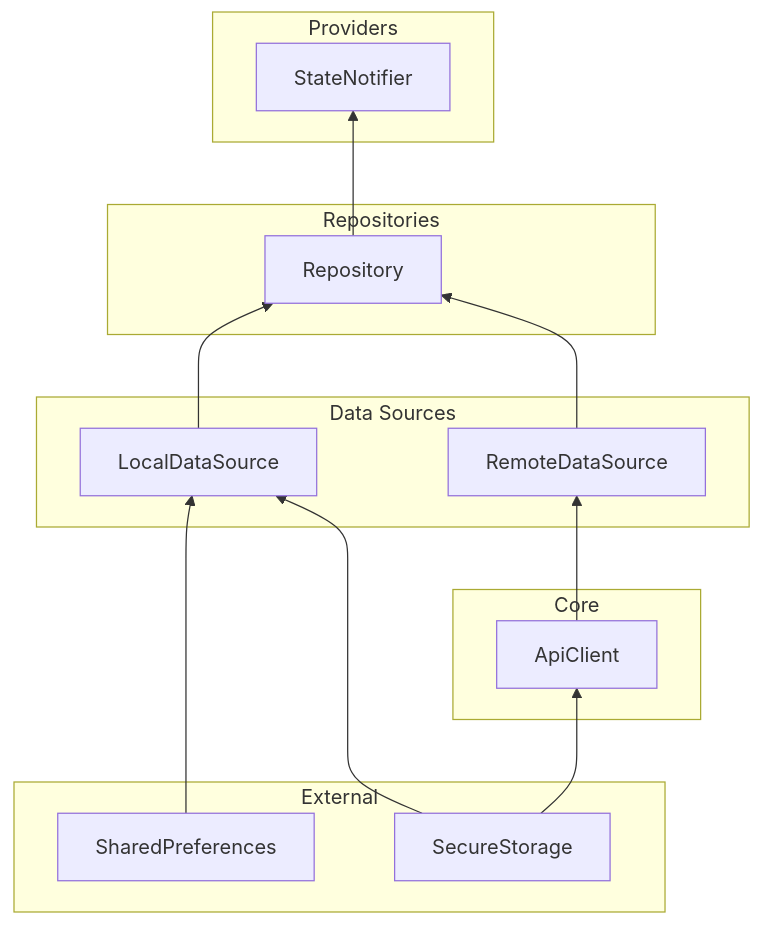
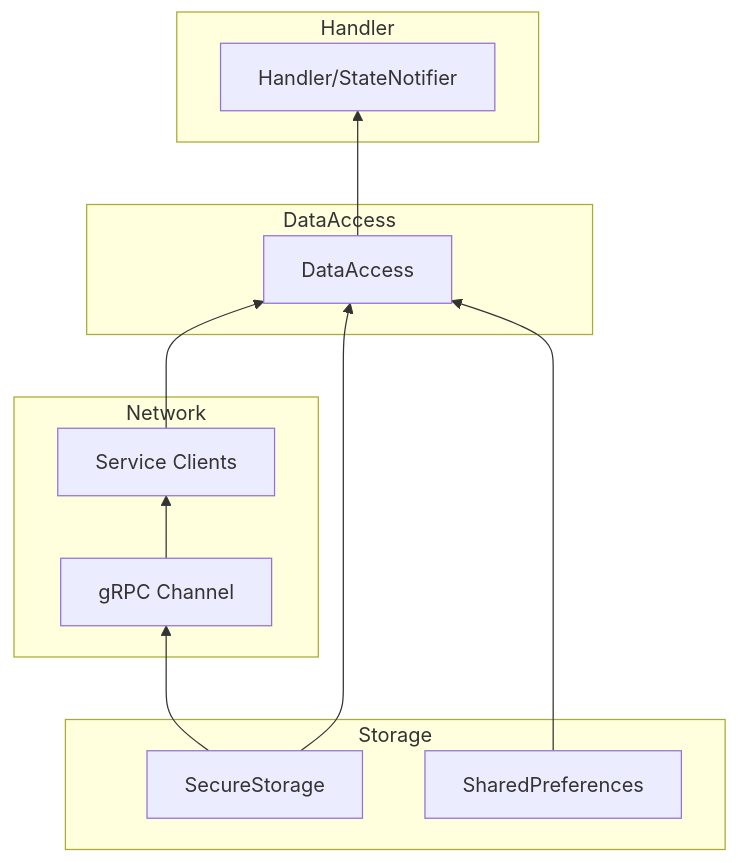
The sixth of 6 diagrams in client/mobile_flutter/docs/architecture_flow.md (funcdfs/lesser), drawn with Mermaid before and after one commit. The commit also changed other lines of this file and 243 other files, not shown here.

````diff
--- a/client/mobile_flutter/docs/architecture_flow.md
+++ b/client/mobile_flutter/docs/architecture_flow.md
@@ -279,32 +299,27 @@
 ```mermaid
 graph BT
-    subgraph "External"
+    subgraph "Storage"
+        SS[SecureStorage]
         SP[SharedPreferences]
-        SS[SecureStorage]
     end
     
-    subgraph "Core"
-        API[ApiClient]
+    subgraph "Network"
+        Channel[gRPC Channel]
+        Client[Service Clients]
     end
     
-    subgraph "Data Sources"
-        RDS[RemoteDataSource]
-        LDS[LocalDataSource]
+    subgraph "DataAccess"
+        DA[DataAccess]
     end
     
-    subgraph "Repositories"
-        Repo[Repository]
+    subgraph "Handler"
+        H[Handler/StateNotifier]
     end
     
-    subgraph "Providers"
-        Notifier[StateNotifier]
-    end
-    
-    SS --> API
-    API --> RDS
-    SP --> LDS
-    SS --> LDS
-    RDS --> Repo
-    LDS --> Repo
-    Repo --> Notifier
+    SS --> Channel
+    Channel --> Client
+    Client --> DA
+    SP --> DA
+    SS --> DA
+    DA --> H
 ```
````
